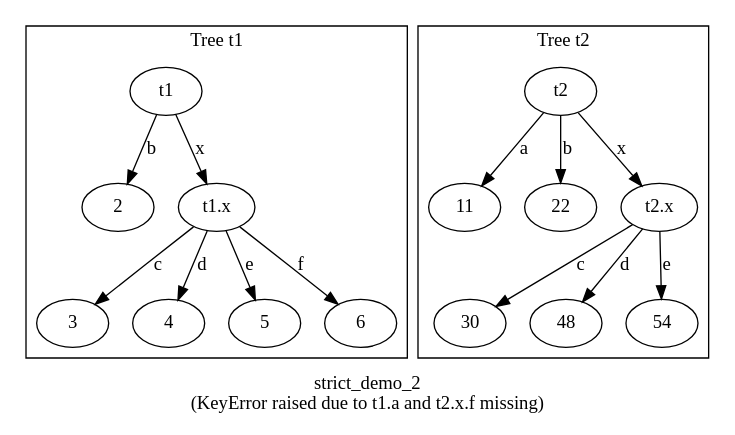
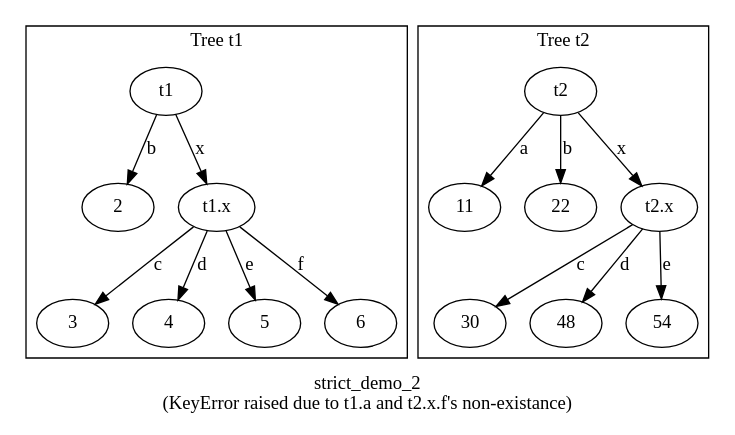
One commit to opendilab/treevalue changed the diagram in docs/source/tutorials/advanced_usage/strict_demo_2.gv. Above: the diagram before and after it, drawn with Graphviz. The commit also changed 4 other files, not shown here.

```diff
--- a/docs/source/tutorials/advanced_usage/strict_demo_2.gv
+++ b/docs/source/tutorials/advanced_usage/strict_demo_2.gv
@@ -1,40 +1,40 @@
 digraph {
-    label = "strict_demo_2 \n(KeyError raised due to t1.a and t2.x.f missing)";
+    label = "strict_demo_2 \n(KeyError raised due to t1.a and t2.x.f's non-existance)";
     graph [bgcolor = "#ffffff00"];
 
     subgraph cluster_t1 {
     label = "Tree t1";
     t1 [label = t1];
     t1_b [label = 2];
     t1_x [label = "t1.x"];
     t1_x_c [label = 3];
     t1_x_d [label = 4];
     t1_x_e [label = 5];
     t1_x_f [label = 6];
 
     t1 -> t1_b [label = "b"];
     t1 -> t1_x [label = "x"];
     t1_x -> t1_x_c [label = "c"];
     t1_x -> t1_x_d [label = "d"];
     t1_x -> t1_x_e [label = "e"];
     t1_x -> t1_x_f [label = "f"];
     }
 
     subgraph cluster_t2 {
     label = "Tree t2";
     t2 [label = t2];
     t2_a [label = 11];
     t2_b [label = 22];
     t2_x [label = "t2.x"];
     t2_x_c [label = 30];
     t2_x_d [label = 48];
     t2_x_e [label = 54];
 
     t2 -> t2_a [label = "a"];
     t2 -> t2_b [label = "b"];
     t2 -> t2_x [label = "x"];
     t2_x -> t2_x_c [label = "c"];
     t2_x -> t2_x_d [label = "d"];
     t2_x -> t2_x_e [label = "e"];
     }
 }
```
